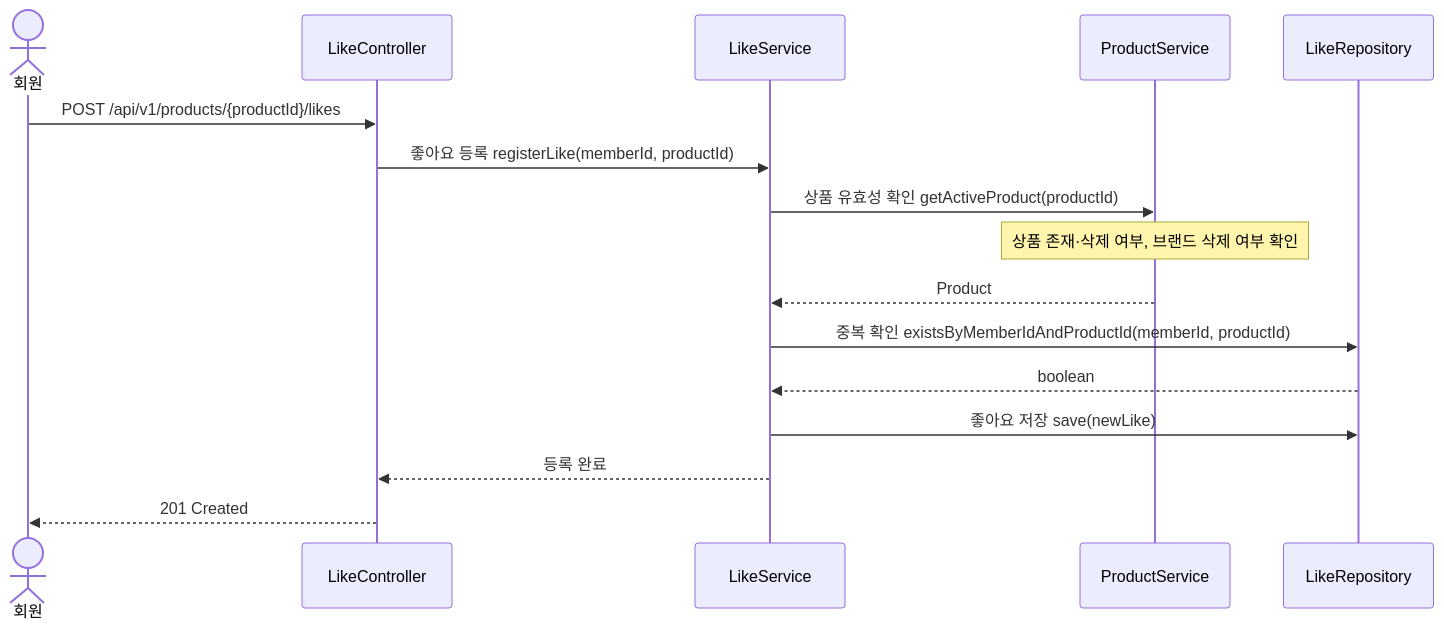
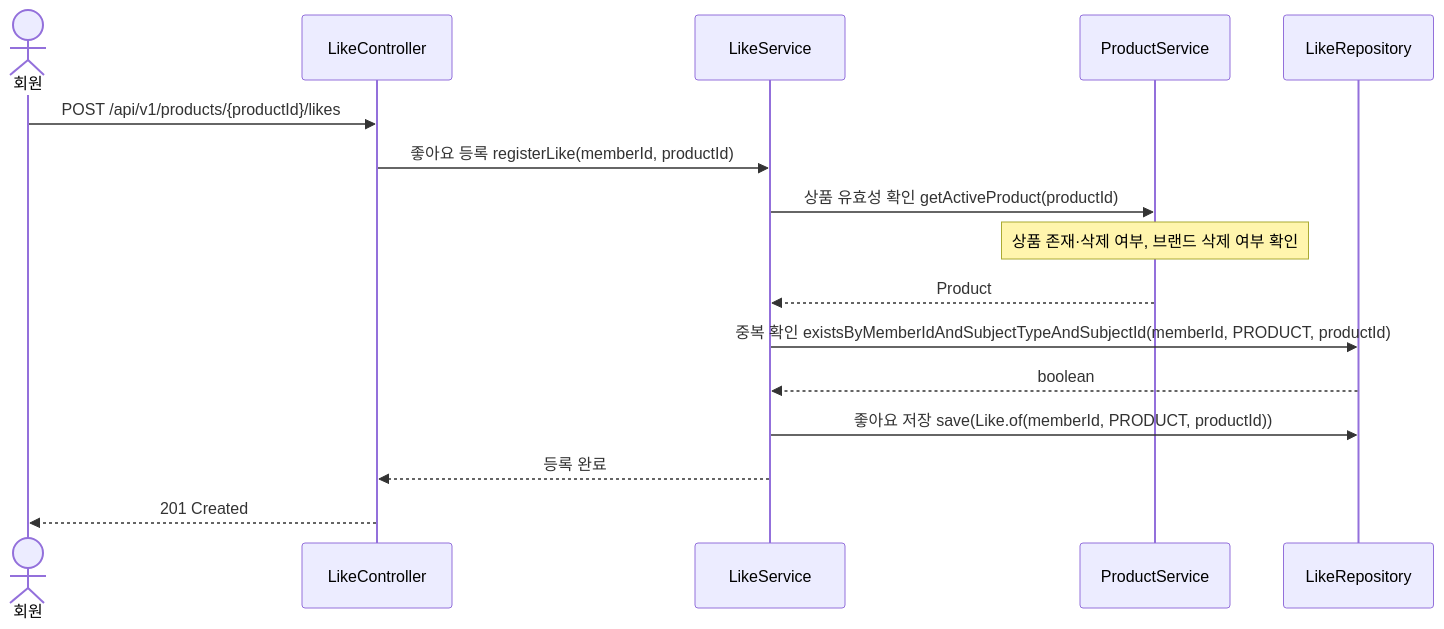
The fourth of 21 diagrams in docs/design/02-sequence-diagrams.md (APapeIsName/loop-pack-be-l2-vol3-java), drawn with Mermaid before and after one commit. The commit also changed other lines of this file and 128 other files, not shown here.

````diff
--- a/docs/design/02-sequence-diagrams.md
+++ b/docs/design/02-sequence-diagrams.md
@@ -90,23 +90,23 @@
 ```mermaid
 sequenceDiagram
     actor M as 회원
     participant C as LikeController
     participant LS as LikeService
     participant PS as ProductService
     participant LR as LikeRepository
 
     M->>C: POST /api/v1/products/{productId}/likes
     C->>LS: 좋아요 등록 registerLike(memberId, productId)
 
     LS->>PS: 상품 유효성 확인 getActiveProduct(productId)
     Note over PS: 상품 존재·삭제 여부, 브랜드 삭제 여부 확인
     PS-->>LS: Product
 
-    LS->>LR: 중복 확인 existsByMemberIdAndProductId(memberId, productId)
+    LS->>LR: 중복 확인 existsByMemberIdAndSubjectTypeAndSubjectId(memberId, PRODUCT, productId)
     LR-->>LS: boolean
 
-    LS->>LR: 좋아요 저장 save(newLike)
+    LS->>LR: 좋아요 저장 save(Like.of(memberId, PRODUCT, productId))
 
     LS-->>C: 등록 완료
     C-->>M: 201 Created
 ```
````
